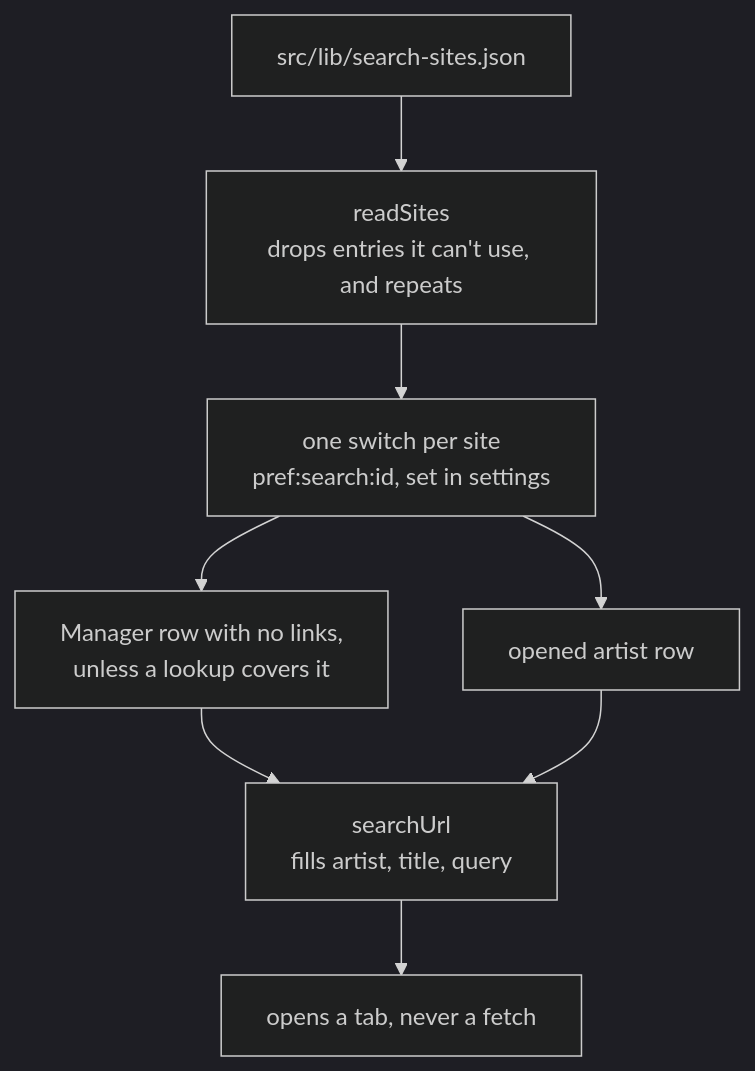
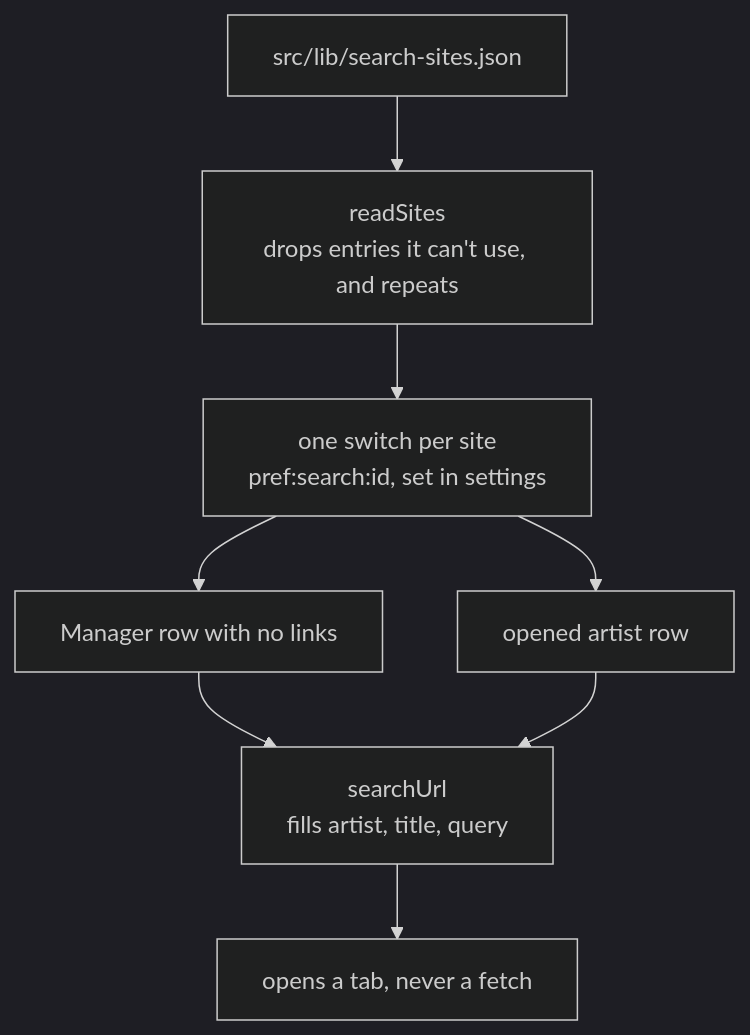
One commit to cutenode/localnetwork changed the fifth of 5 diagrams in apps/localtoolbox/docs/diagrams/manager.md. Above: the diagram before and after it, drawn with Mermaid (dark theme). The commit also changed other lines of this file and 65 other files, not shown here.

````diff
--- a/apps/localtoolbox/docs/diagrams/manager.md
+++ b/apps/localtoolbox/docs/diagrams/manager.md
@@ -143,18 +139,18 @@
 ```mermaid
 flowchart TD
   Json["src/lib/search-sites.json"]
   Read["readSites<br/>drops entries it can't use, and repeats"]
   Switch["one switch per site<br/>pref:search:id, set in settings"]
-  Manager["Manager row with no links,<br/>unless a lookup covers it"]
+  Manager["Manager row with no links"]
   Artists["opened artist row"]
   Url["searchUrl<br/>fills artist, title, query"]
   Tab["opens a tab, never a fetch"]
 
   Json --> Read
   Read --> Switch
   Switch --> Manager
   Switch --> Artists
   Manager --> Url
   Artists --> Url
   Url --> Tab
 ```
````
